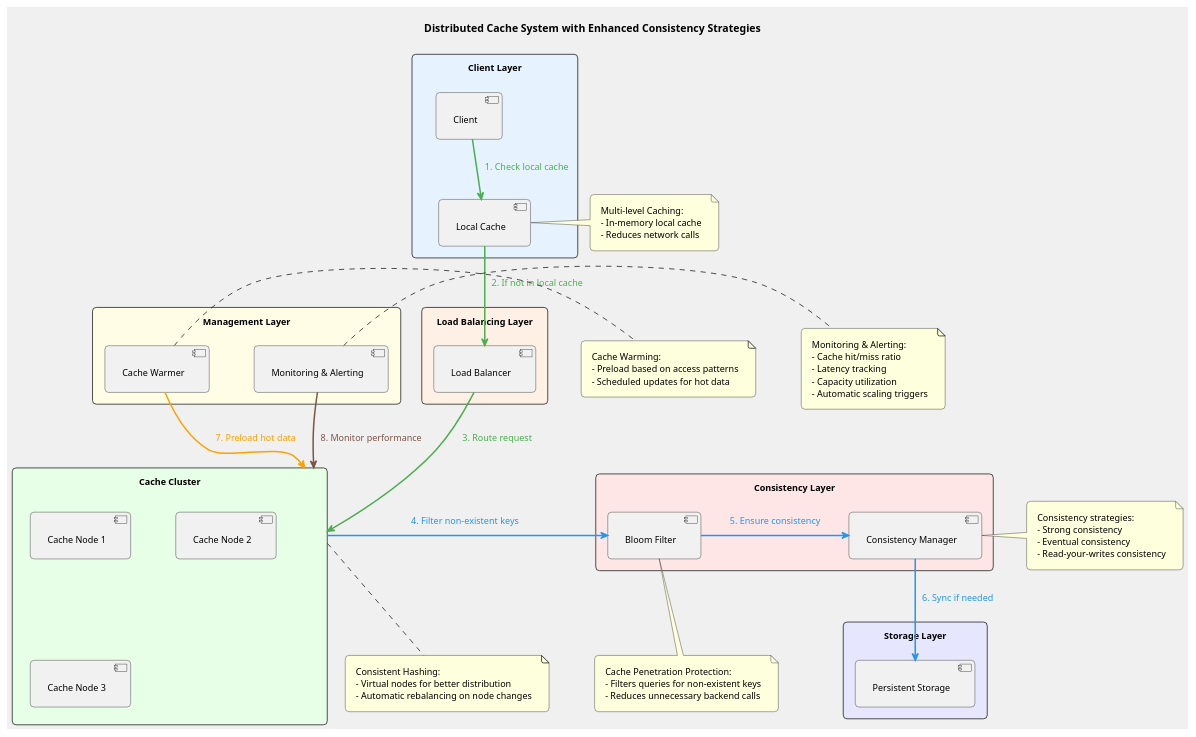
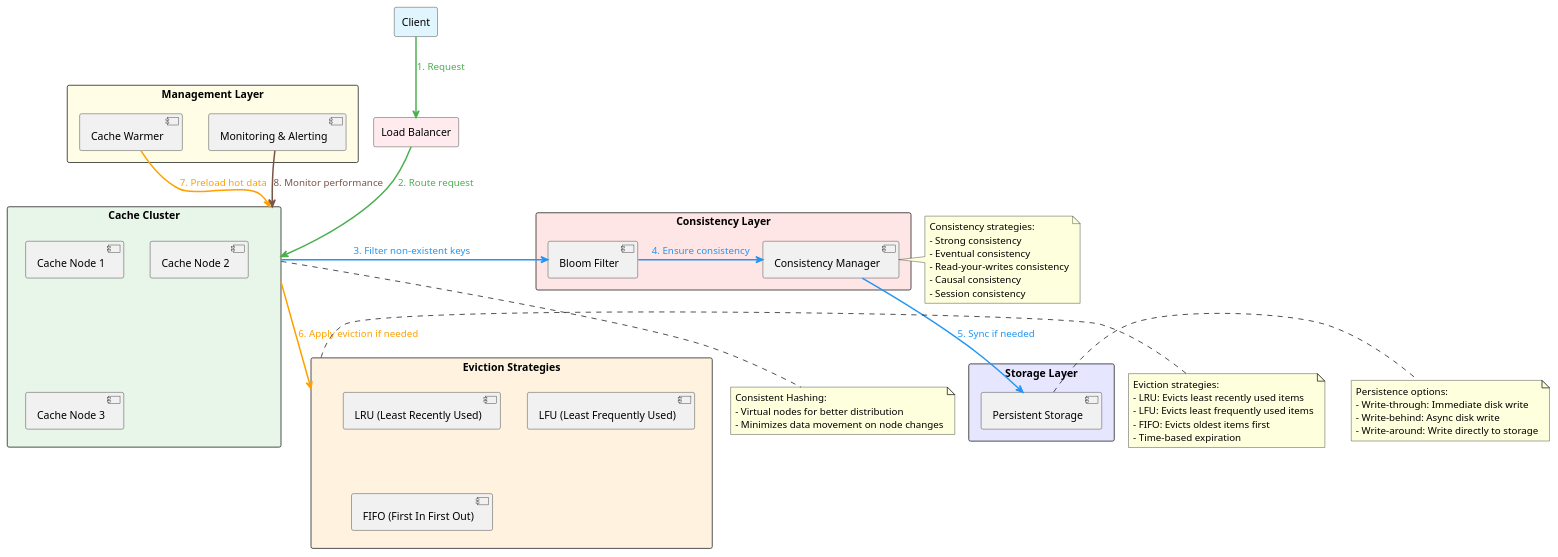
One commit to huangyingw/system_design changed the diagram in distributed_cache_system_with_consistency_strategies.puml. Above: the diagram before and after it, drawn with PlantUML.

```diff
--- a/distributed_cache_system_with_consistency_strategies.puml
+++ b/distributed_cache_system_with_consistency_strategies.puml
@@ -1,92 +1,74 @@
-@startuml Distributed Cache System with Enhanced Consistency Strategies
+@startuml Distributed Cache System with Enhanced Consistency and Eviction Strategies
 
-!pragma layout dot
 allowmixing
-skinparam backgroundColor #F0F0F0
-skinparam defaultFontName Arial
-skinparam defaultFontSize 12
-skinparam roundCorner 10
-skinparam padding 8
-skinparam nodesep 60
-skinparam ranksep 40
 
-title Distributed Cache System with Enhanced Consistency Strategies
+rectangle "Client" as Client #E1F5FE
 
-rectangle "Client Layer" as ClientLayer #E6F3FF {
-    component "Client" as Client
-    component "Local Cache" as LC
-}
+rectangle "Load Balancer" as LB #FFEBEE
 
-rectangle "Load Balancing Layer" as LBLayer #FFF0E6 {
-    component "Load Balancer" as LB
-}
-
-rectangle "Cache Cluster" as CC #E6FFE6 {
+rectangle "Cache Cluster" as CC #E8F5E9 {
     component "Cache Node 1" as CN1
     component "Cache Node 2" as CN2
     component "Cache Node 3" as CN3
 }
 
 rectangle "Consistency Layer" as ConsistencyLayer #FFE6E6 {
     component "Consistency Manager" as CM
     component "Bloom Filter" as BF
+}
+
+rectangle "Eviction Strategies" as EvictionStrategies #FFF3E0 {
+    component "LRU (Least Recently Used)" as LRU
+    component "LFU (Least Frequently Used)" as LFU
+    component "FIFO (First In First Out)" as FIFO
 }
 
 rectangle "Storage Layer" as StorageLayer #E6E6FF {
     component "Persistent Storage" as PS
 }
 
 rectangle "Management Layer" as ManagementLayer #FFFDE6 {
     component "Cache Warmer" as CW
     component "Monitoring & Alerting" as MA
 }
 
-Client -[#4CAF50,thickness=2]down-> LC : <color:#4CAF50>1. Check local cache</color>
-LC -[#4CAF50,thickness=2]down-> LB : <color:#4CAF50>2. If not in local cache</color>
-LB -[#4CAF50,thickness=2]down-> CC : <color:#4CAF50>3. Route request</color>
-CC -[#2196F3,thickness=2]right-> BF : <color:#2196F3>4. Filter non-existent keys</color>
-BF -[#2196F3,thickness=2]right-> CM : <color:#2196F3>5. Ensure consistency</color>
-CM -[#2196F3,thickness=2]down-> PS : <color:#2196F3>6. Sync if needed</color>
+Client -[#4CAF50,thickness=2]down-> LB : <color:#4CAF50>1. Request</color>
+LB -[#4CAF50,thickness=2]down-> CC : <color:#4CAF50>2. Route request</color>
+CC -[#2196F3,thickness=2]right-> BF : <color:#2196F3>3. Filter non-existent keys</color>
+BF -[#2196F3,thickness=2]right-> CM : <color:#2196F3>4. Ensure consistency</color>
+CM -[#2196F3,thickness=2]down-> PS : <color:#2196F3>5. Sync if needed</color>
+CC -[#FFA000,thickness=2]down-> EvictionStrategies : <color:#FFA000>6. Apply eviction if needed</color>
 CW -[#FFA000,thickness=2]left-> CC : <color:#FFA000>7. Preload hot data</color>
 MA -[#795548,thickness=2]-> CC : <color:#795548>8. Monitor performance</color>
 
 note right of CM
   Consistency strategies:
   - Strong consistency
   - Eventual consistency
   - Read-your-writes consistency
+  - Causal consistency
+  - Session consistency
+end note
+
+note right of EvictionStrategies
+  Eviction strategies:
+  - LRU: Evicts least recently used items
+  - LFU: Evicts least frequently used items
+  - FIFO: Evicts oldest items first
+  - Time-based expiration
 end note
 
 note bottom of CC
   Consistent Hashing:
   - Virtual nodes for better distribution
-  - Automatic rebalancing on node changes
+  - Minimizes data movement on node changes
 end note
 
-note right of CW
-  Cache Warming:
-  - Preload based on access patterns
-  - Scheduled updates for hot data
-end note
-
-note left of LC
-  Multi-level Caching:
-  - In-memory local cache
-  - Reduces network calls
-end note
-
-note bottom of BF
-  Cache Penetration Protection:
-  - Filters queries for non-existent keys
-  - Reduces unnecessary backend calls
-end note
-
-note right of MA
-  Monitoring & Alerting:
-  - Cache hit/miss ratio
-  - Latency tracking
-  - Capacity utilization
-  - Automatic scaling triggers
+note right of PS
+  Persistence options:
+  - Write-through: Immediate disk write
+  - Write-behind: Async disk write
+  - Write-around: Write directly to storage
 end note
 
 @enduml
```
